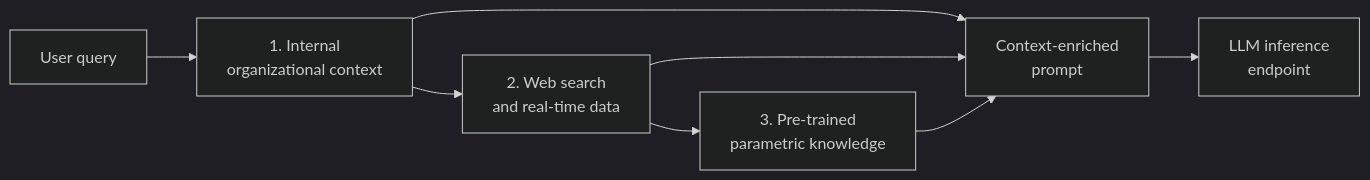
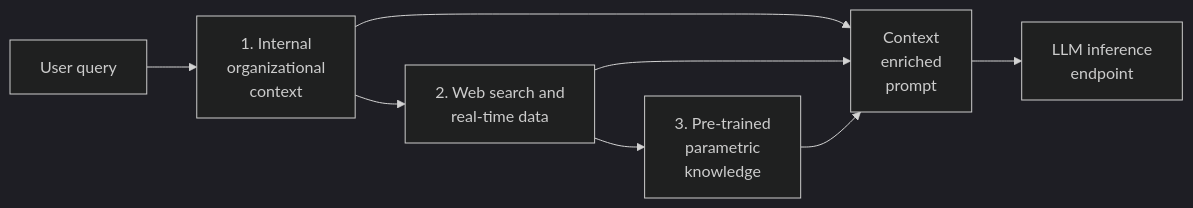
Before and after one commit to panxiaoyan225-sudo/Agentic_RAG_Pipeline: the diagram in README.MD, drawn with Mermaid (dark theme).

Commit message:
Why Only with Approval Is Critical

````diff
--- a/README.MD
+++ b/README.MD
@@ -12,10 +12,10 @@
 ```mermaid
 flowchart LR
-    Q["User query"] --> R1["1. Internal<br>organizational context"]
-    R1 --> R2["2. Web search<br>and real-time data"]
-    R2 --> R3["3. Pre-trained<br>parametric knowledge"]
-    R1 --> P["Context-enriched<br>prompt"]
+    Q["User query"] --> R1["1. Internal<br>organizational<br>context"]
+    R1 --> R2["2. Web search and<br>real-time data"]
+    R2 --> R3["3. Pre-trained<br>parametric<br>knowledge"]
+    R1 --> P["Context<br>enriched<br>prompt"]
     R2 --> P
     R3 --> P
     P --> LLM["LLM inference<br>endpoint"]
 ```
````
